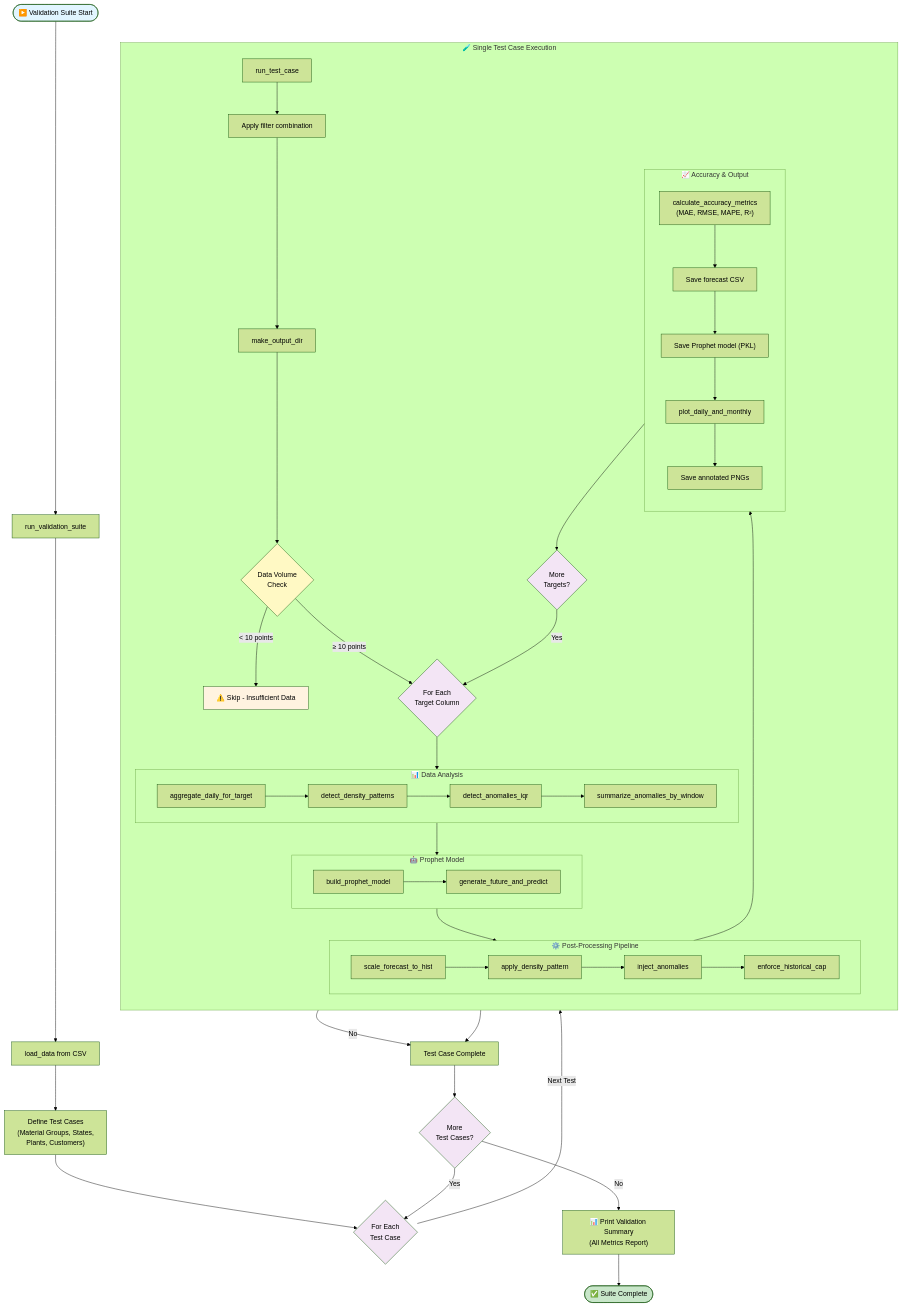
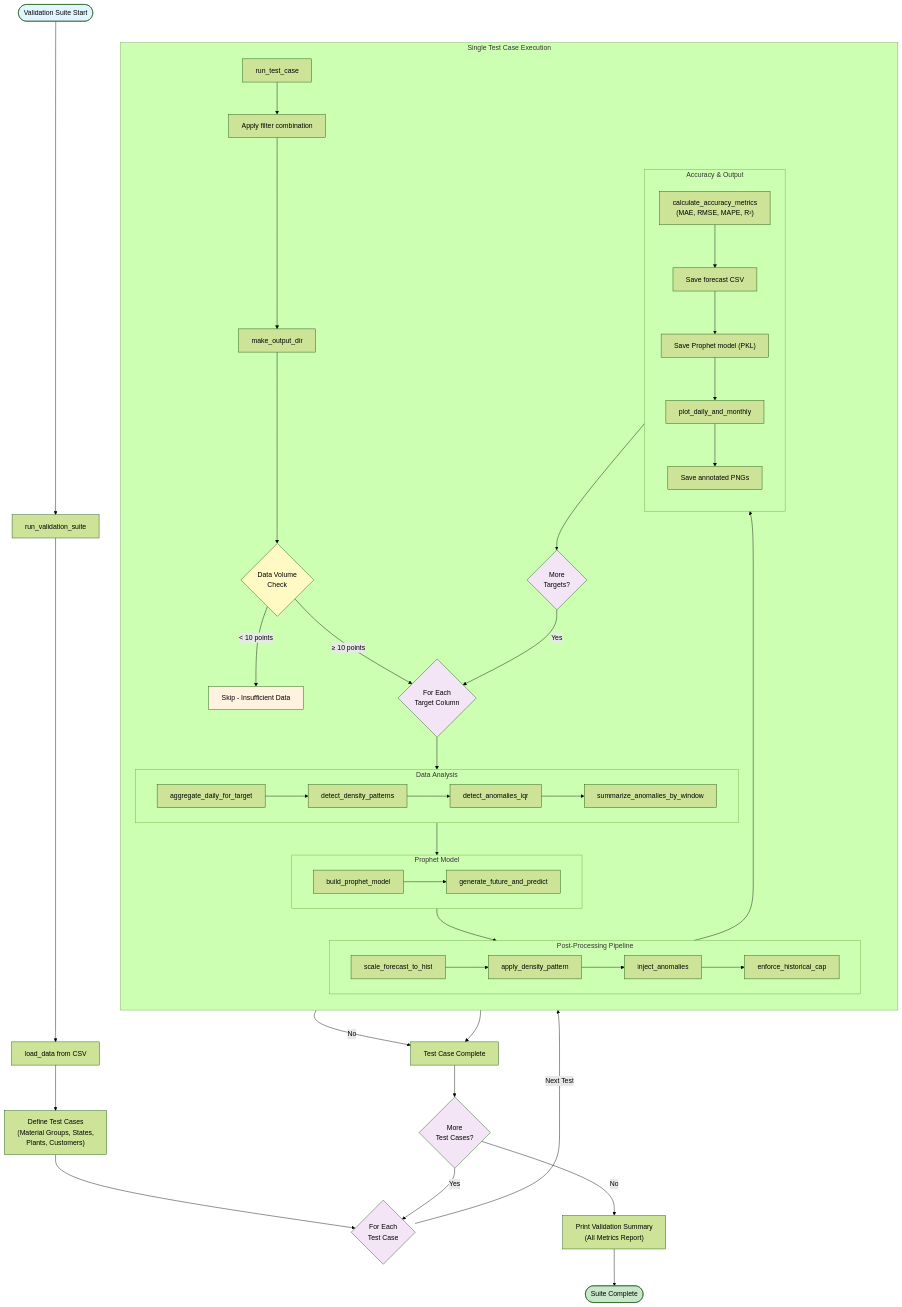
Before and after one commit to Tejas-kasmo/Supreme: the fourth of 4 diagrams in README.md, drawn with Mermaid (forest theme). The commit also changed other lines of this file, not shown here.

````diff
--- a/README.md
+++ b/README.md
@@ -457,66 +457,66 @@
 ```mermaid
 flowchart TD
-    Start([▶️ Validation Suite Start]) --> MainRun[run_validation_suite]
+    Start([Validation Suite Start]) --> MainRun[run_validation_suite]
     MainRun --> LoadCSV[load_data from CSV]
     LoadCSV --> DefineTests["Define Test Cases\n(Material Groups, States,\nPlants, Customers)"]
     DefineTests --> TestLoop{"For Each\nTest Case"}
     
-    subgraph TestCase["🧪 Single Test Case Execution"]
+    subgraph TestCase["Single Test Case Execution"]
         direction TB
         RunTest[run_test_case]-->ApplyFilters[Apply filter combination]
         ApplyFilters-->MakeFolder[make_output_dir]
         MakeFolder-->CheckData{"Data Volume\nCheck"}
         
-        CheckData-->|"< 10 points"| SkipTest[⚠️ Skip - Insufficient Data]
+        CheckData-->|"< 10 points"| SkipTest[Skip - Insufficient Data]
         CheckData-->|"≥ 10 points"| TargetLoop{"For Each\nTarget Column"}
         
-        subgraph DataAnalysis["📊 Data Analysis"]
+        subgraph DataAnalysis["Data Analysis"]
             AggDaily[aggregate_daily_for_target]-->DetectDensity[detect_density_patterns]
             DetectDensity-->DetectAnom[detect_anomalies_iqr]
             DetectAnom-->SummarizeAnom[summarize_anomalies_by_window]
         end
         
-        subgraph Modeling["🤖 Prophet Model"]
+        subgraph Modeling["Prophet Model"]
             BuildModel[build_prophet_model]-->GenFuture[generate_future_and_predict]
         end
         
-        subgraph PostProcess["⚙️ Post-Processing Pipeline"]
+        subgraph PostProcess["Post-Processing Pipeline"]
             direction LR
             Scale[scale_forecast_to_hist]-->Density[apply_density_pattern]
             Density-->InjectAnom[inject_anomalies]
             InjectAnom-->Cap[enforce_historical_cap]
         end
         
-        subgraph Validation["📈 Accuracy & Output"]
+        subgraph Validation["Accuracy & Output"]
             direction TB
             CalcAccuracy["calculate_accuracy_metrics\n(MAE, RMSE, MAPE, R²)"]-->SaveCSV[Save forecast CSV]
             SaveCSV-->SaveModel["Save Prophet model (PKL)"]
             SaveModel-->PlotDaily[plot_daily_and_monthly]
             PlotDaily-->SavePlots["Save annotated PNGs"]
         end
         
         TargetLoop-->DataAnalysis
         DataAnalysis-->Modeling
         Modeling-->PostProcess
         PostProcess-->Validation
         Validation-->NextTarget{"More\nTargets?"}
         NextTarget-->|"Yes"| TargetLoop
     end
     
     TestLoop-->|"Next Test"| RunTest
     NextTarget-->|"No"| TestComplete[Test Case Complete]
     SkipTest-->TestComplete
     TestComplete-->NextTest{"More\nTest Cases?"}
     NextTest-->|"Yes"| TestLoop
-    NextTest-->|"No"| Summary["📊 Print Validation Summary\n(All Metrics Report)"]
-    Summary-->Success([✅ Suite Complete])
+    NextTest-->|"No"| Summary["Print Validation Summary\n(All Metrics Report)"]
+    Summary-->Success([Suite Complete])
     
     style Start fill:#e1f5ff
     style Success fill:#c8e6c9
     style SkipTest fill:#fff3e0
     style CheckData fill:#fff9c4
     style TestLoop fill:#f3e5f5
     style TargetLoop fill:#f3e5f5
     style NextTest fill:#f3e5f5
     style NextTarget fill:#f3e5f5
 ```
````
